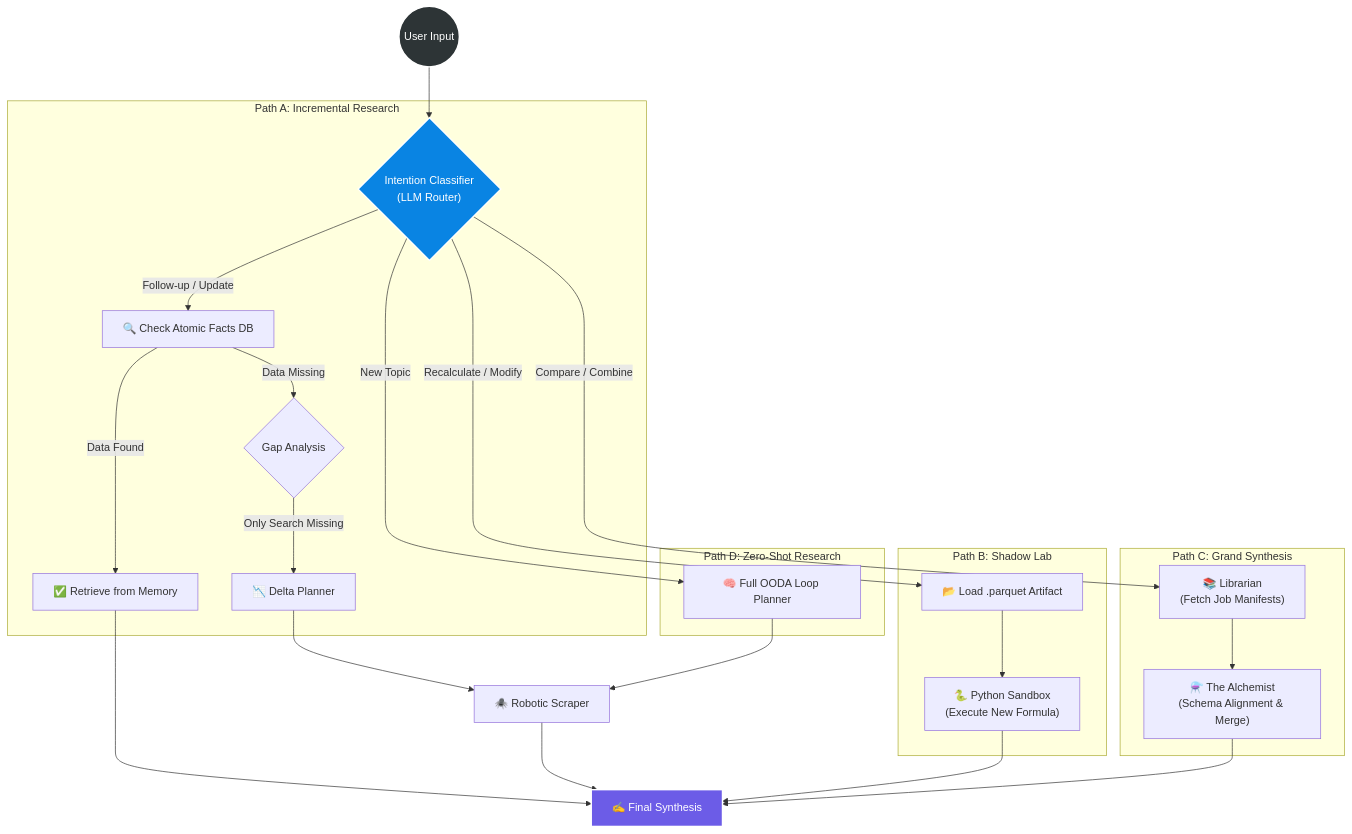
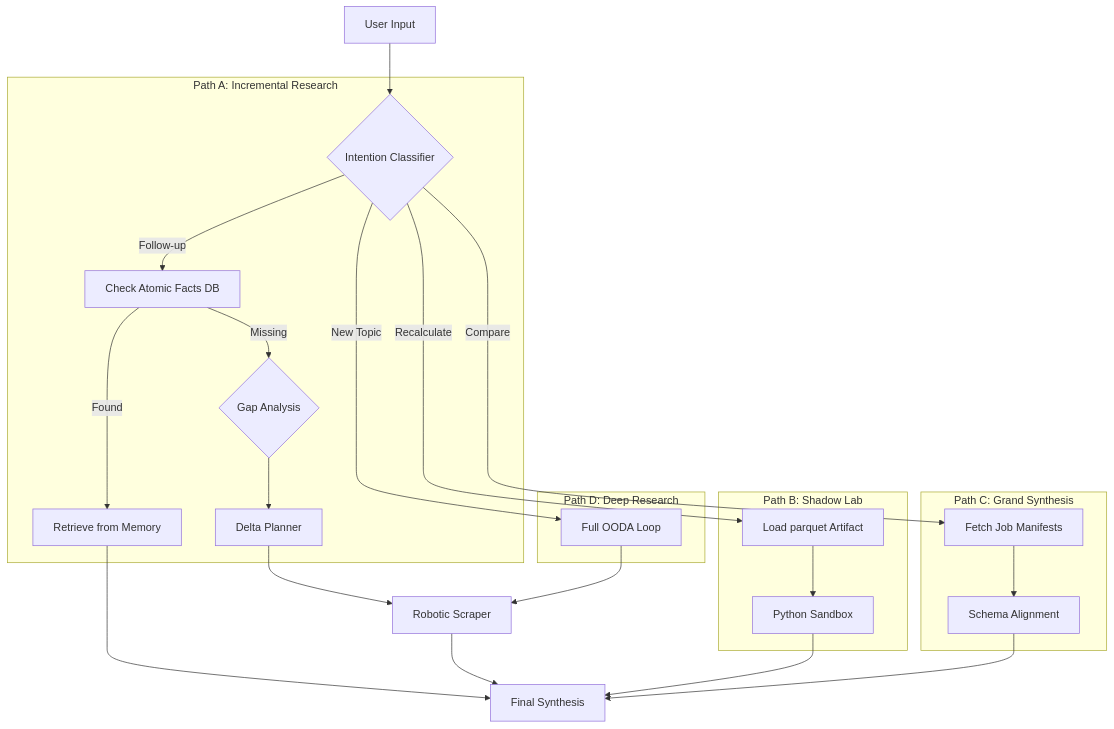
The third of 16 diagrams in README.md (azzindani/Kea), drawn with Mermaid before and after one commit. The commit also changed other lines of this file and 1 other file, not shown here.

Commit message:
feat: Implement a production LangGraph research state machine with real LLM and MCP integrations for cyclic research flow.

````diff
--- a/README.md
+++ b/README.md
@@ -525,45 +507,32 @@
 ```mermaid
 graph TD
-    %% --- STYLES ---
-    classDef trigger fill:#2d3436,stroke:#fff,stroke-width:2px,color:#fff;
-    classDef decision fill:#0984e3,stroke:#fff,stroke-width:2px,color:#fff;
-    classDef action fill:#00b894,stroke:#333,stroke-width:2px,color:#fff;
-    classDef output fill:#6c5ce7,stroke:#fff,stroke-width:2px,color:#fff;
-
-    %% --- MAIN FLOW ---
-    User(("User Input")):::trigger --> Router{"Intention Classifier<br/>(LLM Router)"}:::decision
-
-    %% --- PATH A: THE MEMORY FORK (Incremental) ---
-    subgraph PathA ["Path A: Incremental Research"]
-        Router --"Follow-up / Update"--> VectorCheck["🔍 Check Atomic Facts DB"]
-        VectorCheck --"Data Found"--> CacheHit["✅ Retrieve from Memory"]
-        VectorCheck --"Data Missing"--> GapDetector{"Gap Analysis"}
-        GapDetector -->|Only Search Missing| DeltaPlan["📉 Delta Planner"]
+    User[User Input] --> Router{Intention Classifier}
+    
+    subgraph PathA[Path A: Incremental Research]
+        Router -->|Follow-up| VectorCheck[Check Atomic Facts DB]
+        VectorCheck -->|Found| CacheHit[Retrieve from Memory]
+        VectorCheck -->|Missing| GapDetector{Gap Analysis}
+        GapDetector --> DeltaPlan[Delta Planner]
     end
-
-    %% --- PATH B: THE SHADOW LAB (Recalculation) ---
-    subgraph PathB ["Path B: Shadow Lab"]
-        Router --"Recalculate / Modify"--> Loader["📂 Load .parquet Artifact"]
-        Loader --> Sandbox["🐍 Python Sandbox<br/>(Execute New Formula)"]
+    
+    subgraph PathB[Path B: Shadow Lab]
+        Router -->|Recalculate| Loader[Load parquet Artifact]
+        Loader --> Sandbox[Python Sandbox]
     end
-
-    %% --- PATH C: THE GRAND SYNTHESIS (Meta-Analysis) ---
-    subgraph PathC ["Path C: Grand Synthesis"]
-        Router --"Compare / Combine"--> Librarian["📚 Librarian<br/>(Fetch Job Manifests)"]
-        Librarian --> Alchemist["⚗️ The Alchemist<br/>(Schema Alignment & Merge)"]
+    
+    subgraph PathC[Path C: Grand Synthesis]
+        Router -->|Compare| Librarian[Fetch Job Manifests]
+        Librarian --> Alchemist[Schema Alignment]
     end
-
-    %% --- PATH D: DEEP RESEARCH (Fallback) ---
-    subgraph PathD ["Path D: Zero-Shot Research"]
-        Router --"New Topic"--> Planner["🧠 Full OODA Loop Planner"]
+    
+    subgraph PathD[Path D: Deep Research]
+        Router -->|New Topic| Planner[Full OODA Loop]
     end
-
-    %% --- CONVERGENCE ---
-    CacheHit --> Synthesizer
-    DeltaPlan --> Scraper["🕷️ Robotic Scraper"]
+    
+    CacheHit --> Synthesizer[Final Synthesis]
+    DeltaPlan --> Scraper[Robotic Scraper]
     Scraper --> Synthesizer
     Sandbox --> Synthesizer
-    Alchemist --> Synthesizer["✍️ Final Synthesis"]:::output
+    Alchemist --> Synthesizer
     Planner --> Scraper
-
 ```
````
